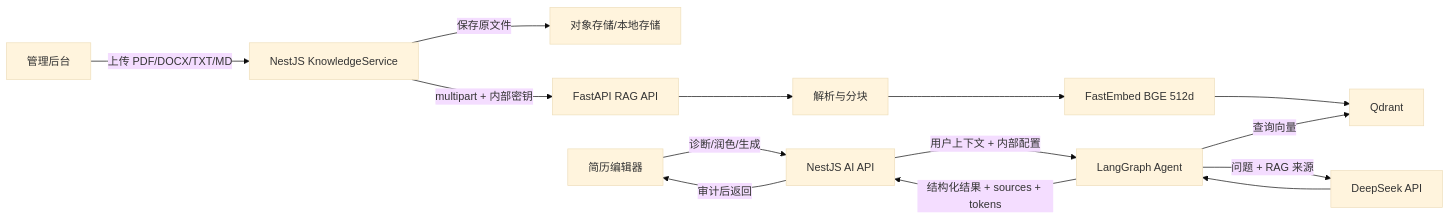
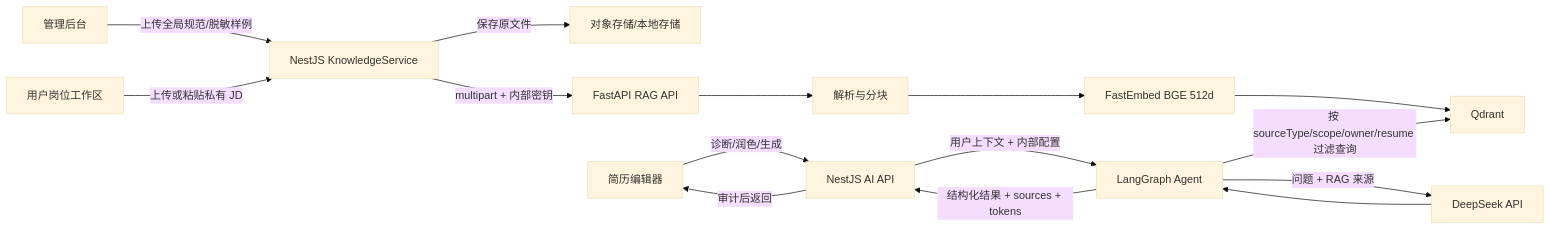
Before and after one commit to ParametersMao/ResumeSystem: the diagram in docs/REAL_RAG_ENGINEERING_GUIDE.md, drawn with Mermaid (base theme). The commit also changed other lines of this file, not shown here.

Commit message:
docs define layered RAG knowledge architecture

````diff
--- a/docs/REAL_RAG_ENGINEERING_GUIDE.md
+++ b/docs/REAL_RAG_ENGINEERING_GUIDE.md
@@ -23,16 +89,17 @@
 ```mermaid
 flowchart LR
-  A[管理后台] -->|上传 PDF/DOCX/TXT/MD| B[NestJS KnowledgeService]
+  A[管理后台] -->|上传全局规范/脱敏样例| B[NestJS KnowledgeService]
+  J[用户岗位工作区] -->|上传或粘贴私有 JD| B
   B -->|保存原文件| S[对象存储/本地存储]
   B -->|multipart + 内部密钥| C[FastAPI RAG API]
   C --> D[解析与分块]
   D --> E[FastEmbed BGE 512d]
   E --> F[Qdrant]
   U[简历编辑器] -->|诊断/润色/生成| G[NestJS AI API]
   G -->|用户上下文 + 内部配置| H[LangGraph Agent]
-  H -->|查询向量| F
+  H -->|按 sourceType/scope/owner/resume 过滤查询| F
   H -->|问题 + RAG 来源| I[DeepSeek API]
   I --> H
   H -->|结构化结果 + sources + tokens| G
   G -->|审计后返回| U
 ```
````
